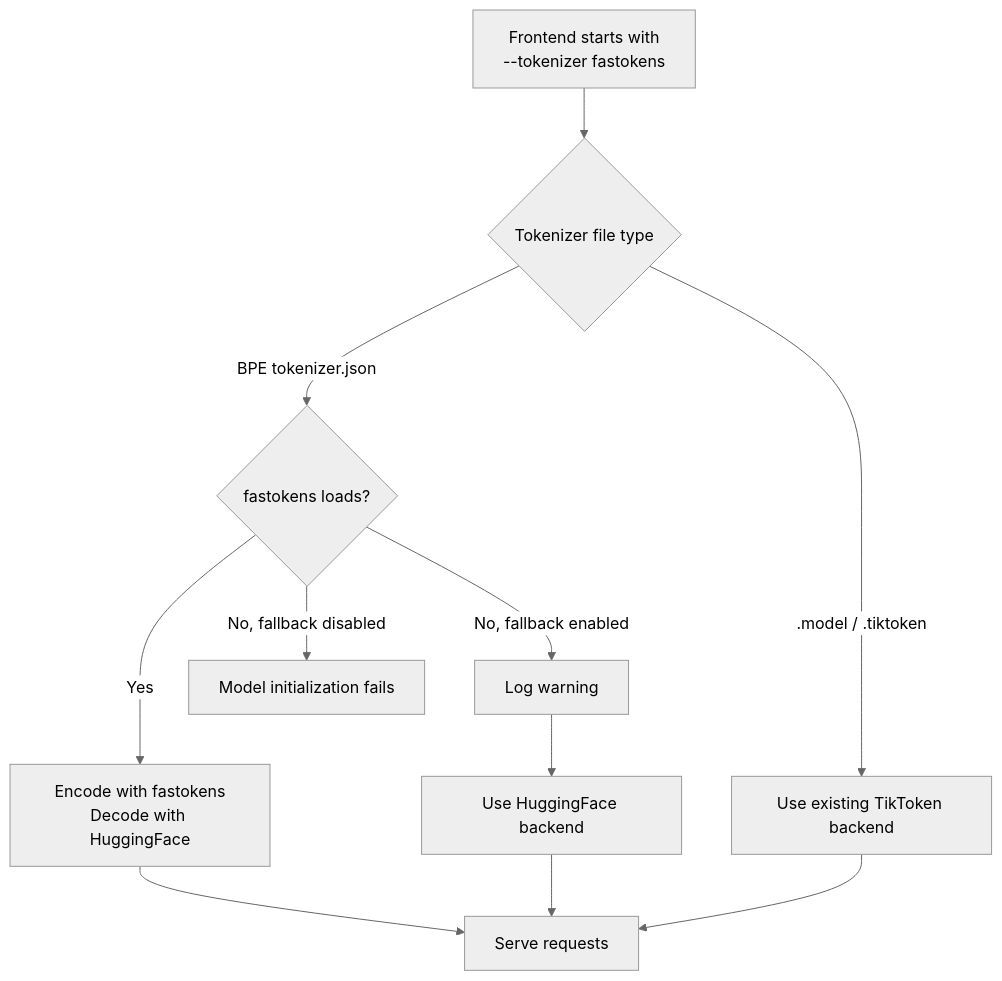
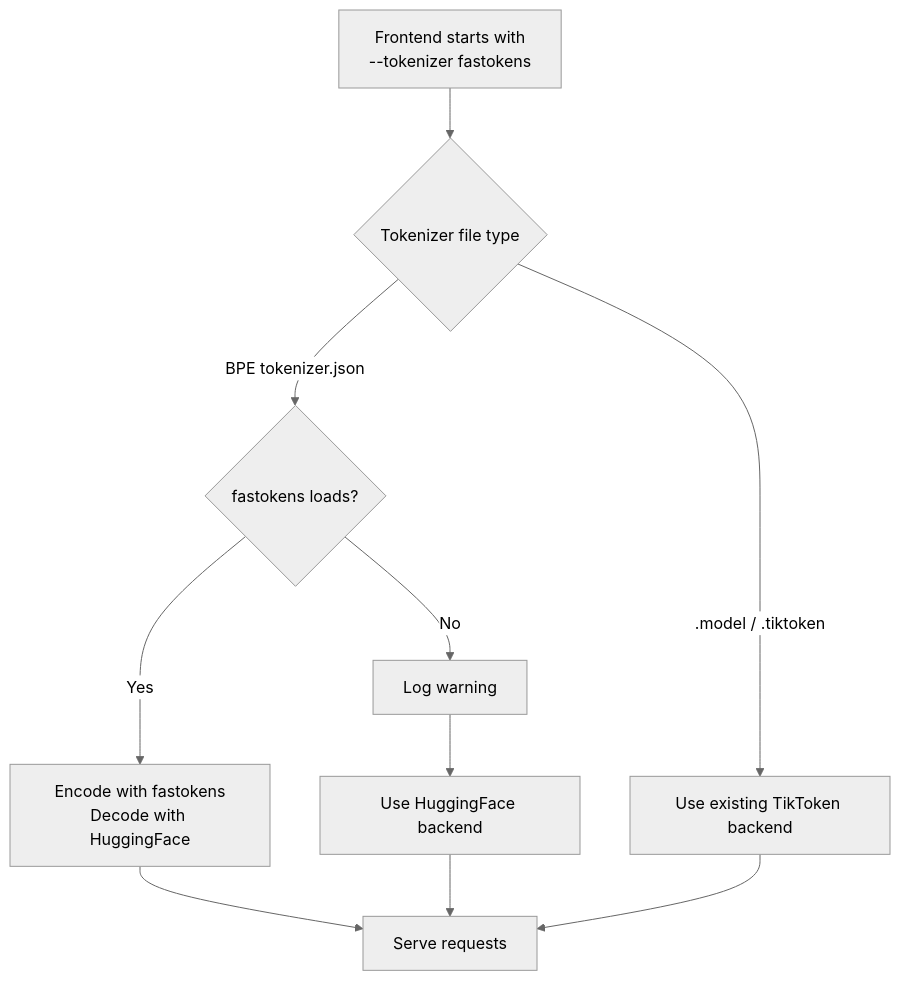
Before and after one commit to ai-dynamo/dynamo: the diagram in docs/fern/pages/use-cases/fastokens-tokenizer/overview.md, drawn with Mermaid (neutral theme). The commit also changed other lines of this file and 133 other files, not shown here.

````diff
--- a/docs/fern/pages/use-cases/fastokens-tokenizer/overview.md
+++ b/docs/fern/pages/use-cases/fastokens-tokenizer/overview.md
@@ -126,12 +120,11 @@
   ```mermaid
   flowchart TD
       Start["Frontend starts with<br/>--tokenizer fastokens"] --> Kind{"Tokenizer file type"}
       Kind -->|BPE tokenizer.json| Load{"fastokens loads?"}
       Kind -->|.model / .tiktoken| Other["Use existing TikToken backend"]
       Load -->|Yes| Fast["Encode with fastokens<br/>Decode with HuggingFace"]
-      Load -->|No, fallback enabled| Warn["Log warning"] --> Default["Use HuggingFace backend"]
-      Load -->|No, fallback disabled| Fail["Model initialization fails"]
+      Load -->|No| Warn["Log warning"] --> Default["Use HuggingFace backend"]
       Fast --> Serve["Serve requests"]
       Default --> Serve
       Other --> Serve
   ```
````
